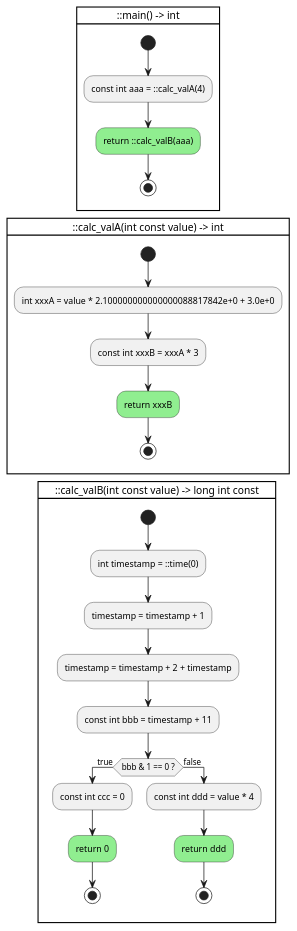
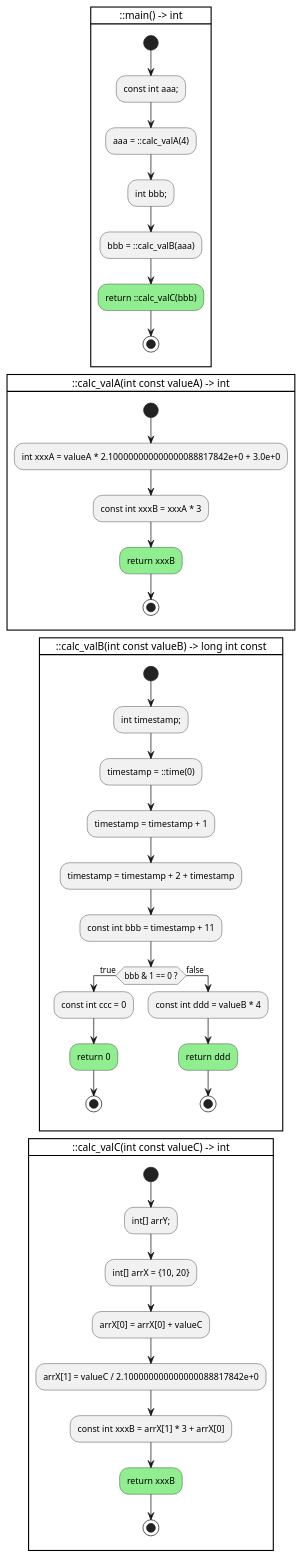
One commit to anetczuk/gcc-uml changed the diagram in examples/ctrlflowgraph/ctrl_main.cpp.puml. Above: the diagram before and after it, drawn with PlantUML. The commit also changed 44 other files, not shown here.

```diff
--- a/examples/ctrlflowgraph/ctrl_main.cpp.puml
+++ b/examples/ctrlflowgraph/ctrl_main.cpp.puml
@@ -1,36 +1,51 @@
 @startuml
 
 card "::main() -> int" {
     start
-    :const int aaa = ::calc_valA(4);
-    #lightgreen:return ::calc_valB(aaa);
+    :const int aaa;;
+    :aaa = ::calc_valA(4);
+    :int bbb;;
+    :bbb = ::calc_valB(aaa);
+    #lightgreen:return ::calc_valC(bbb);
     stop
 }
 
-card "::calc_valA(int const value) -> int" {
+card "::calc_valA(int const valueA) -> int" {
     start
-    :int xxxA = value * 2.100000000000000088817842e+0 + 3.0e+0;
+    :int xxxA = valueA * 2.100000000000000088817842e+0 + 3.0e+0;
     :const int xxxB = xxxA * 3;
     #lightgreen:return xxxB;
     stop
 }
 
-card "::calc_valB(int const value) -> long int const" {
+card "::calc_valB(int const valueB) -> long int const" {
     start
-    :int timestamp = ::time(0);
+    :int timestamp;;
+    :timestamp = ::time(0);
     :timestamp = timestamp + 1;
     :timestamp = timestamp + 2 + timestamp;
     :const int bbb = timestamp + 11;
     if (bbb & 1 == 0 ?) then (true)
         :const int ccc = 0;
         #lightgreen:return 0;
         stop
     else (false)
-        :const int ddd = value * 4;
+        :const int ddd = valueB * 4;
         #lightgreen:return ddd;
         stop
     endif
 }
 
+card "::calc_valC(int const valueC) -> int" {
+    start
+    :int[] arrY;;
+    :int[] arrX = {10, 20};
+    :arrX[0] = arrX[0] + valueC;
+    :arrX[1] = valueC / 2.100000000000000088817842e+0;
+    :const int xxxB = arrX[1] * 3 + arrX[0];
+    #lightgreen:return xxxB;
+    stop
+}
+
 
 @enduml
```
